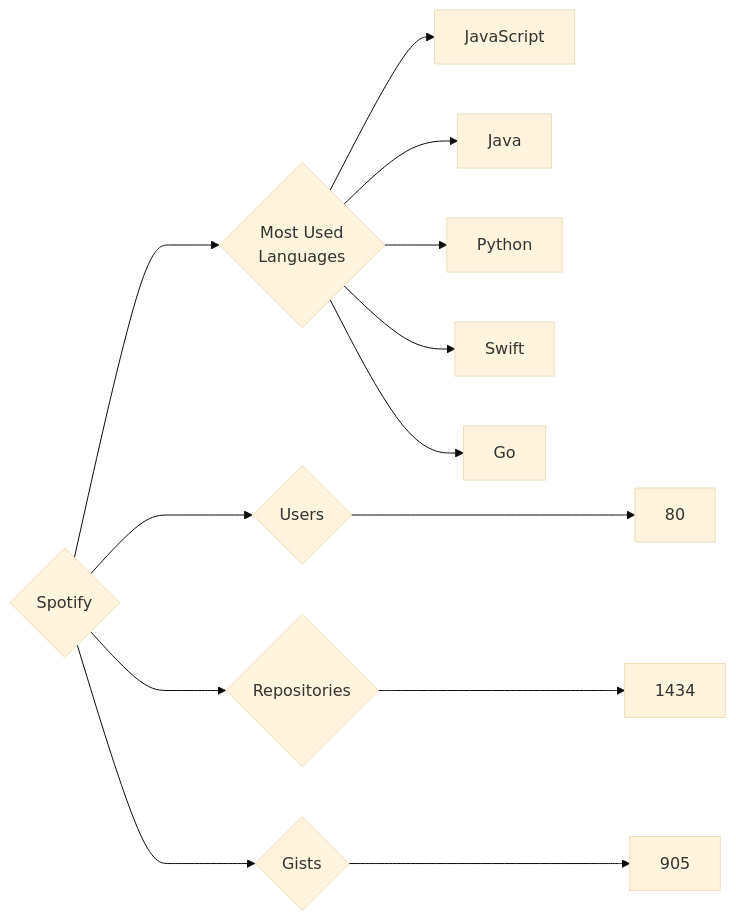
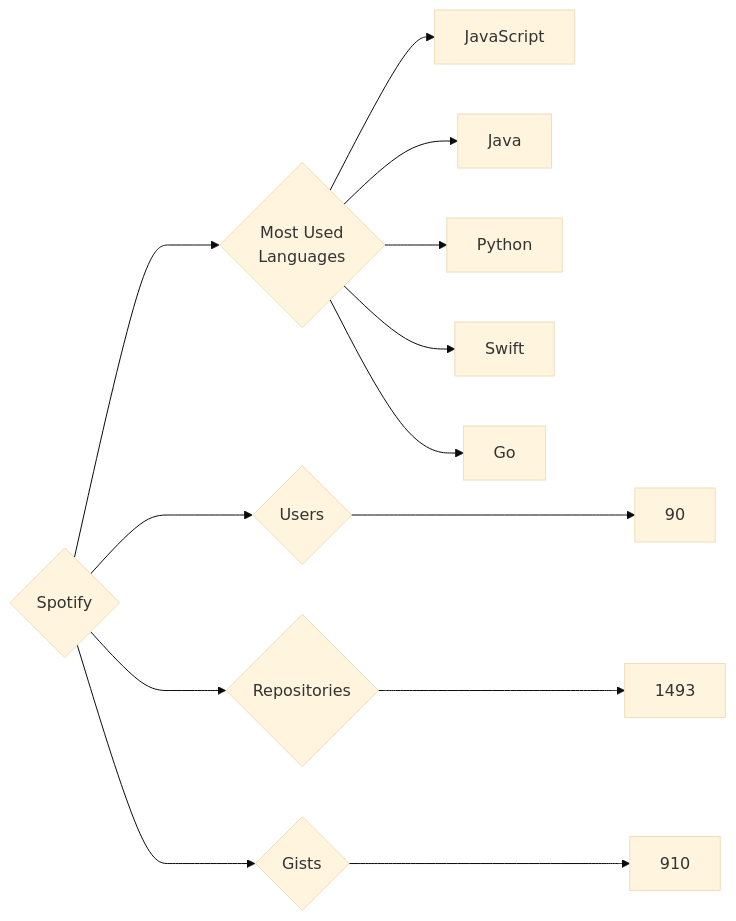
Before and after one commit to trickest/insiders: the diagram in targets/Spotify/README.md, drawn with Mermaid (base theme). The commit also changed 829 other files, not shown here.

````diff
--- a/targets/Spotify/README.md
+++ b/targets/Spotify/README.md
@@ -3,13 +3,13 @@
 ```mermaid
 graph LR
 COMPANY_NAME{Spotify}
-COMPANY_NAME ---> U{Users} ---> UN[80]
-COMPANY_NAME ---> R{Repositories} ---> RN[1434]
-COMPANY_NAME ---> G{Gists} ---> GN[905]
+COMPANY_NAME ---> U{Users} ---> UN[90]
+COMPANY_NAME ---> R{Repositories} ---> RN[1493]
+COMPANY_NAME ---> G{Gists} ---> GN[910]
 COMPANY_NAME ---> ML{Most Used<br>Languages}
 ML --> JavaScript[JavaScript]
 ML --> Java[Java]
 ML --> Python[Python]
 ML --> Swift[Swift]
 ML --> Go[Go]
 ```
````
